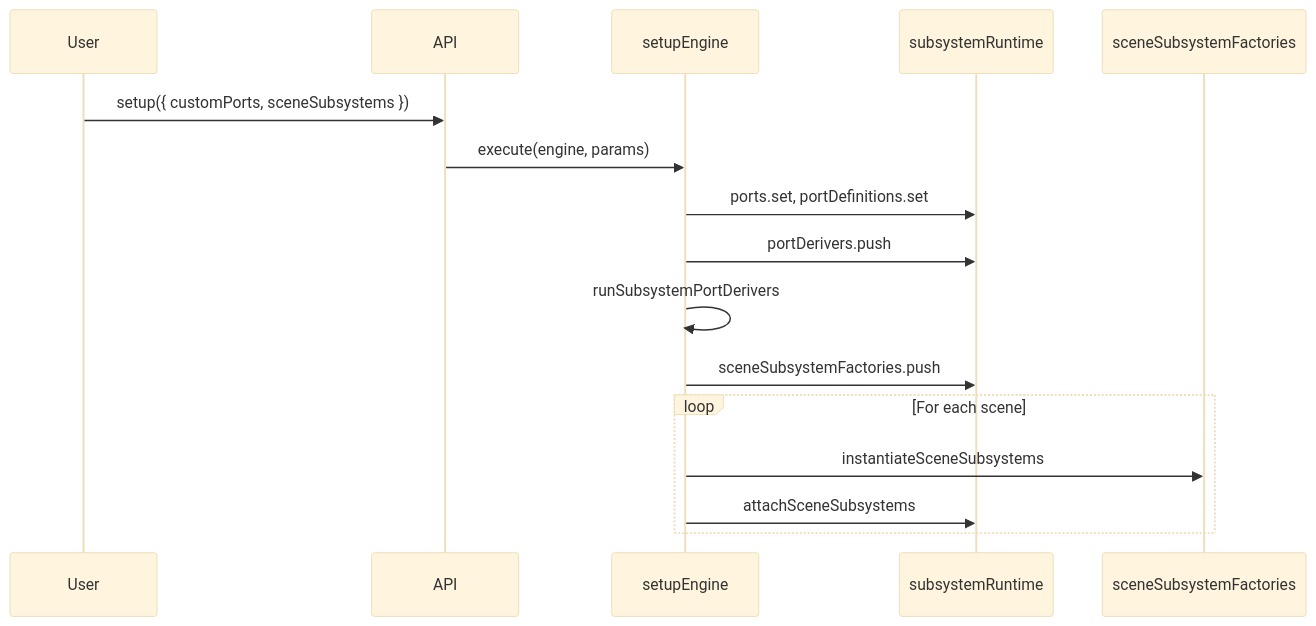
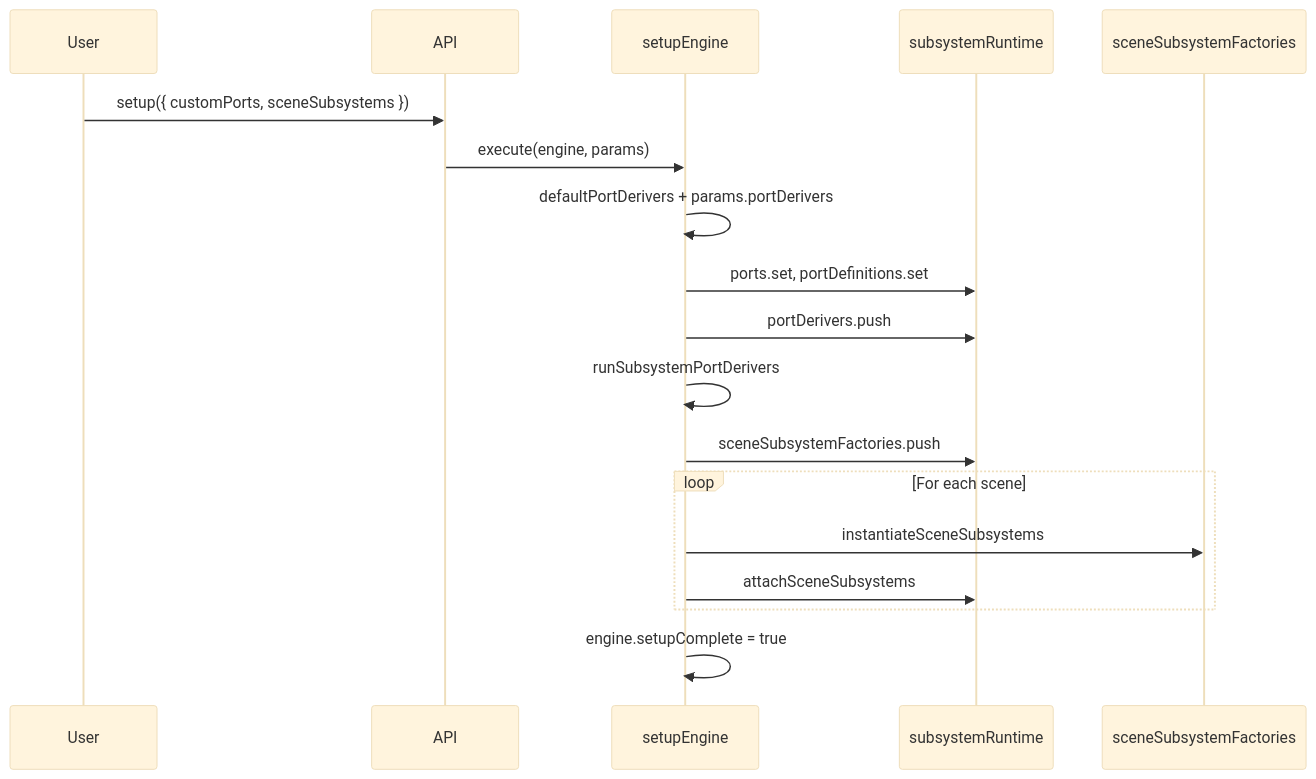
Before and after one commit to QADRAX/SpaceDucksMMO: the fourth of 7 diagrams in packages/core-v2/ARCHITECTURE.md, drawn with Mermaid (base theme). The commit also changed other lines of this file and 9 other files, not shown here.

````diff
--- a/packages/core-v2/ARCHITECTURE.md
+++ b/packages/core-v2/ARCHITECTURE.md
@@ -319,19 +318,21 @@
 ```mermaid
 sequenceDiagram
     participant User
     participant API
     participant Setup as setupEngine
     participant Runtime as subsystemRuntime
     participant Factories as sceneSubsystemFactories
 
     User->>API: setup({ customPorts, sceneSubsystems })
     API->>Setup: execute(engine, params)
+    Setup->>Setup: defaultPortDerivers + params.portDerivers
     Setup->>Runtime: ports.set, portDefinitions.set
     Setup->>Runtime: portDerivers.push
     Setup->>Setup: runSubsystemPortDerivers
     Setup->>Runtime: sceneSubsystemFactories.push
     loop For each scene
         Setup->>Factories: instantiateSceneSubsystems
         Setup->>Runtime: attachSceneSubsystems
     end
+    Setup->>Setup: engine.setupComplete = true
 ```
````
